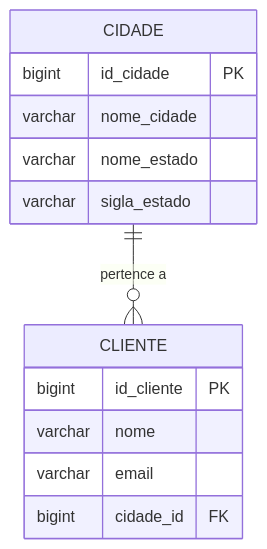
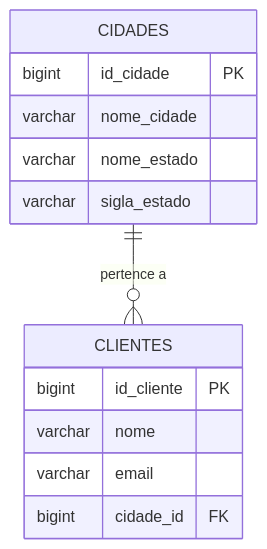
One commit to DSM-Fatec-Jahu/BDR-DSM-2026-2 changed the fifth of 9 diagrams in docs/aulas/Aula_02_Normalizacao.md. Above: the diagram before and after it, drawn with Mermaid. The commit also changed other lines of this file and 1 other file, not shown here.

````diff
--- a/docs/aulas/Aula_02_Normalizacao.md
+++ b/docs/aulas/Aula_02_Normalizacao.md
@@ -344,18 +354,18 @@
 ```mermaid
 erDiagram
-    CIDADE {
+    CIDADES {
         bigint id_cidade PK
         varchar nome_cidade
         varchar nome_estado
         varchar sigla_estado
     }
 
-    CLIENTE {
+    CLIENTES {
         bigint id_cliente PK
         varchar nome
         varchar email
         bigint cidade_id FK
     }
 
-    CIDADE ||--o{ CLIENTE : "pertence a"
+    CIDADES ||--o{ CLIENTES : "pertence a"
 ```
````
